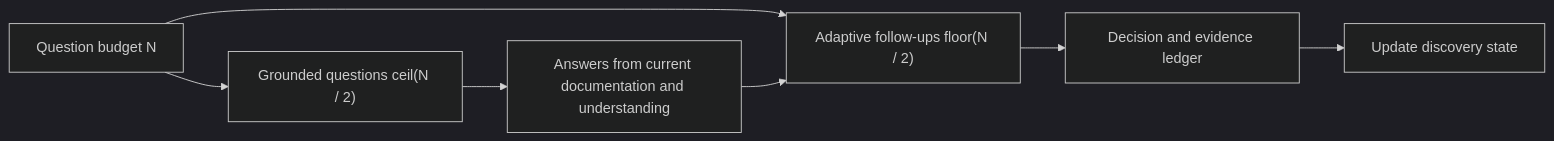
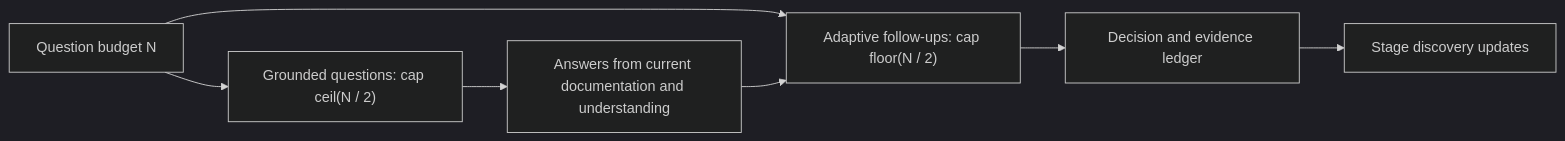
One commit to jdylanmc/skills changed the fifth of 11 diagrams in skills/discovery-loop/README.md. Above: the diagram before and after it, drawn with Mermaid (dark theme). The commit also changed other lines of this file and 16 other files, not shown here.

````diff
--- a/skills/discovery-loop/README.md
+++ b/skills/discovery-loop/README.md
@@ -163,9 +332,9 @@
 ```mermaid
 flowchart LR
-    A["Question budget N"] --> B["Grounded questions ceil(N / 2)"]
-    A --> C["Adaptive follow-ups floor(N / 2)"]
+    A["Question budget N"] --> B["Grounded questions: cap ceil(N / 2)"]
+    A --> C["Adaptive follow-ups: cap floor(N / 2)"]
     B --> D["Answers from current documentation and understanding"]
     D --> C
     C --> E["Decision and evidence ledger"]
-    E --> F["Update discovery state"]
+    E --> F["Stage discovery updates"]
 ```
````
